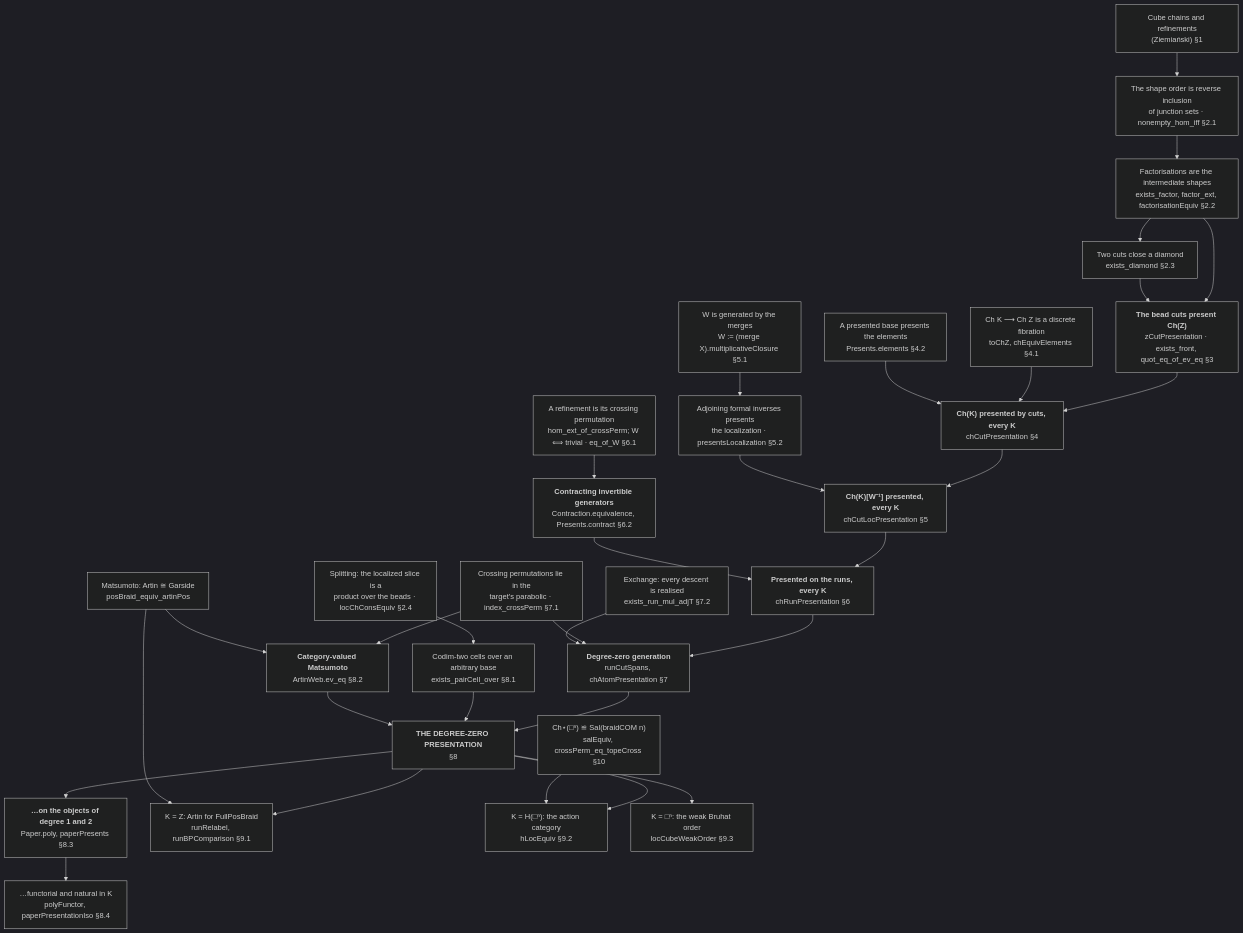
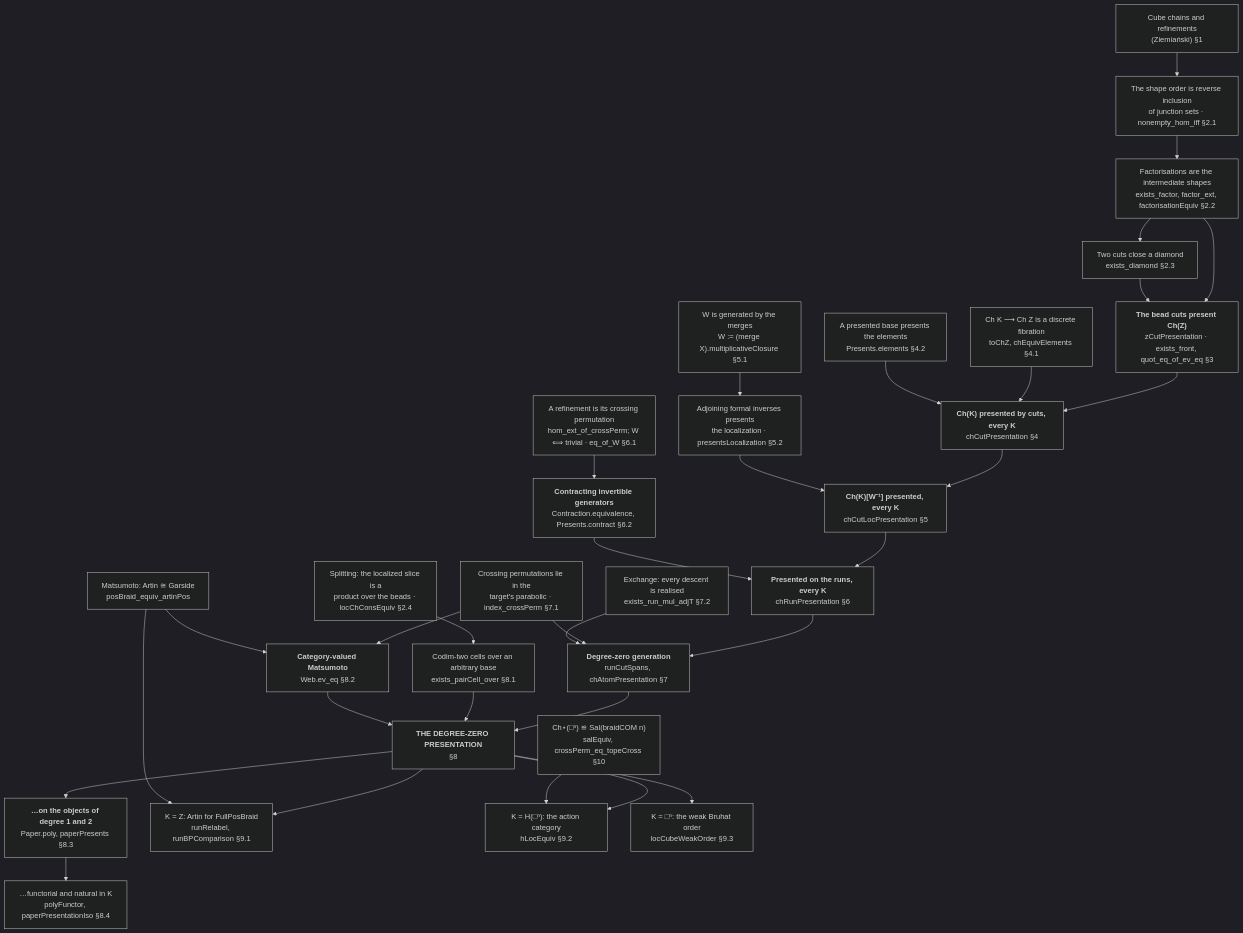
The diagram in BLUEPRINT.md (zstone1/Cubical), drawn with Mermaid (dark theme) before and after one commit. The commit also changed other lines of this file and 1 other file, not shown here.

````diff
--- a/BLUEPRINT.md
+++ b/BLUEPRINT.md
@@ -31,57 +31,57 @@
 ```mermaid
 graph TD
   A["Cube chains and refinements<br/>(Ziemiański) §1"]
   B["The shape order is reverse inclusion<br/>of junction sets · nonempty_hom_iff §2.1"]
   C["Factorisations are the intermediate shapes<br/>exists_factor, factor_ext, factorisationEquiv §2.2"]
   D["Two cuts close a diamond<br/>exists_diamond §2.3"]
   E["<b>The bead cuts present Ch(Z)</b><br/>zCutPresentation · exists_front, quot_eq_of_ev_eq §3"]
   F["Ch K ⟶ Ch Z is a discrete fibration<br/>toChZ, chEquivElements §4.1"]
   G["A presented base presents the elements<br/>Presents.elements §4.2"]
   H["<b>Ch(K) presented by cuts, every K</b><br/>chCutPresentation §4"]
   I["W is generated by the merges<br/>W := (merge X).multiplicativeClosure §5.1"]
   J["Adjoining formal inverses presents<br/>the localization · presentsLocalization §5.2"]
   K["<b>Ch(K)[W⁻¹] presented, every K</b><br/>chCutLocPresentation §5"]
   L["A refinement is its crossing permutation<br/>hom_ext_of_crossPerm; W ⟺ trivial · eq_of_W §6.1"]
   M["<b>Contracting invertible generators</b><br/>Contraction.equivalence, Presents.contract §6.2"]
   N["<b>Presented on the runs, every K</b><br/>chRunPresentation §6"]
   O["Crossing permutations lie in the<br/>target's parabolic · index_crossPerm §7.1"]
   P["Exchange: every descent is realised<br/>exists_run_mul_adjT §7.2"]
   Q["<b>Degree-zero generation</b><br/>runCutSpans, chAtomPresentation §7"]
   R["Codim-two cells over an arbitrary base<br/>exists_pairCell_over §8.1"]
-  S["<b>Category-valued Matsumoto</b><br/>ArtinWeb.ev_eq §8.2"]
+  S["<b>Category-valued Matsumoto</b><br/>Web.ev_eq §8.2"]
   T["<b>THE DEGREE-ZERO PRESENTATION</b><br/>§8"]
   P2["<b>…on the objects of degree 1 and 2</b><br/>Paper.poly, paperPresents §8.3"]
   F2["…functorial and natural in K<br/>polyFunctor, paperPresentationIso §8.4"]
   U["K = Z: Artin for FullPosBraid<br/>runRelabel, runBPComparison §9.1"]
   V["K = H(□ⁿ): the action category<br/>hLocEquiv §9.2"]
   W2["K = □ⁿ: the weak Bruhat order<br/>locCubeWeakOrder §9.3"]
   X["Ch⋆(□ⁿ) ≌ Sal(braidCOM n)<br/>salEquiv, crossPerm_eq_topeCross §10"]
   Y["Matsumoto: Artin ≅ Garside<br/>posBraid_equiv_artinPos"]
   Z["Splitting: the localized slice is a<br/>product over the beads · locChConsEquiv §2.4"]
 
   A --> B --> C --> D
   C --> E
   D --> E
   E --> H
   F --> H
   G --> H
   H --> K
   I --> J --> K
   K --> N
   L --> M --> N
   N --> Q
   O --> Q
   P --> Q
   Q --> T
   R --> T
   S --> T
   Z --> R
   O --> S
   Y --> S
   T --> P2 --> F2
   T --> U
   T --> V
   T --> W2
   Y --> U
   X --> V
 ```
````
